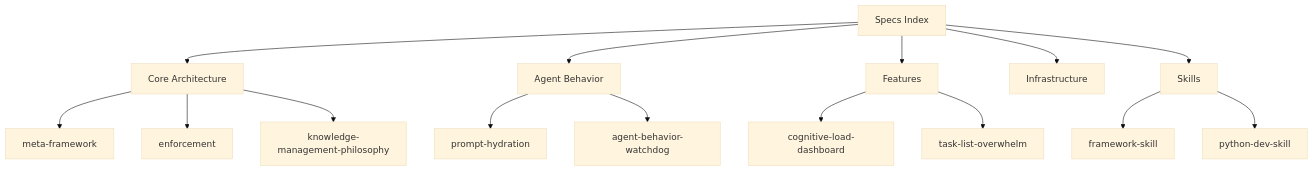
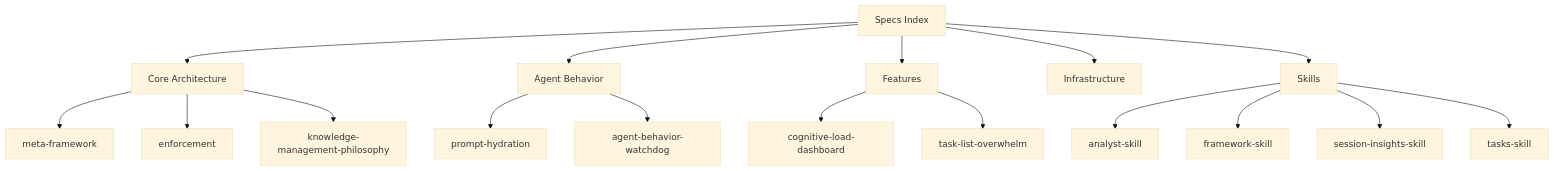
One commit to nicsuzor/academicOps changed the diagram in specs/specs.md. Above: the diagram before and after it, drawn with Mermaid (base theme). The commit also changed other lines of this file and 1 other file, not shown here.

Commit message:
docs: Fix broken wikilinks in VISION.md and update specs index
VISION.md:
- Fix all broken wikilinks to use proper paths
- Link to skill specs instead of short names
- Remove references to non-existent files

specs/specs.md:
- Add new skill specs: analyst, dashboard, garden, session-insights, transcript
- Update mermaid diagram with key skills
- Reorder skills alphabetically

🤖 Generated with [Claude Code](https://claude.com/claude-code)

````diff
--- a/specs/specs.md
+++ b/specs/specs.md
@@ -14,21 +14,23 @@
 ```mermaid
 graph TD
     A[Specs Index] --> B[Core Architecture]
     A --> C[Agent Behavior]
     A --> D[Features]
     A --> E[Infrastructure]
     A --> F[Skills]
 
     B --> B1[meta-framework]
     B --> B2[enforcement]
     B --> B3[knowledge-management-philosophy]
 
     C --> C1[prompt-hydration]
     C --> C2[agent-behavior-watchdog]
 
     D --> D1[cognitive-load-dashboard]
     D --> D2[task-list-overwhelm]
 
-    F --> F1[framework-skill]
-    F --> F2[python-dev-skill]
+    F --> F1[analyst-skill]
+    F --> F2[framework-skill]
+    F --> F3[session-insights-skill]
+    F --> F4[tasks-skill]
 ```
````
